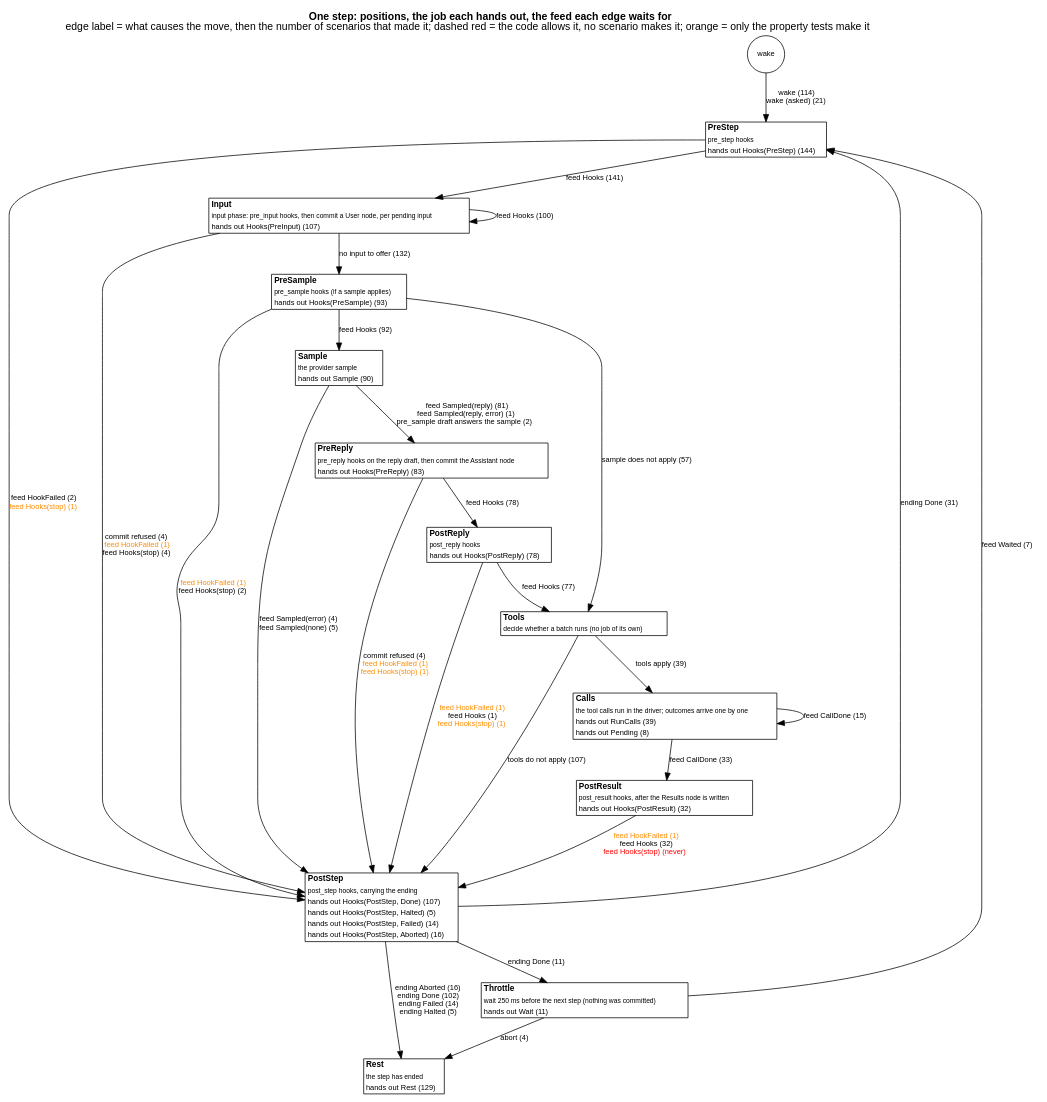
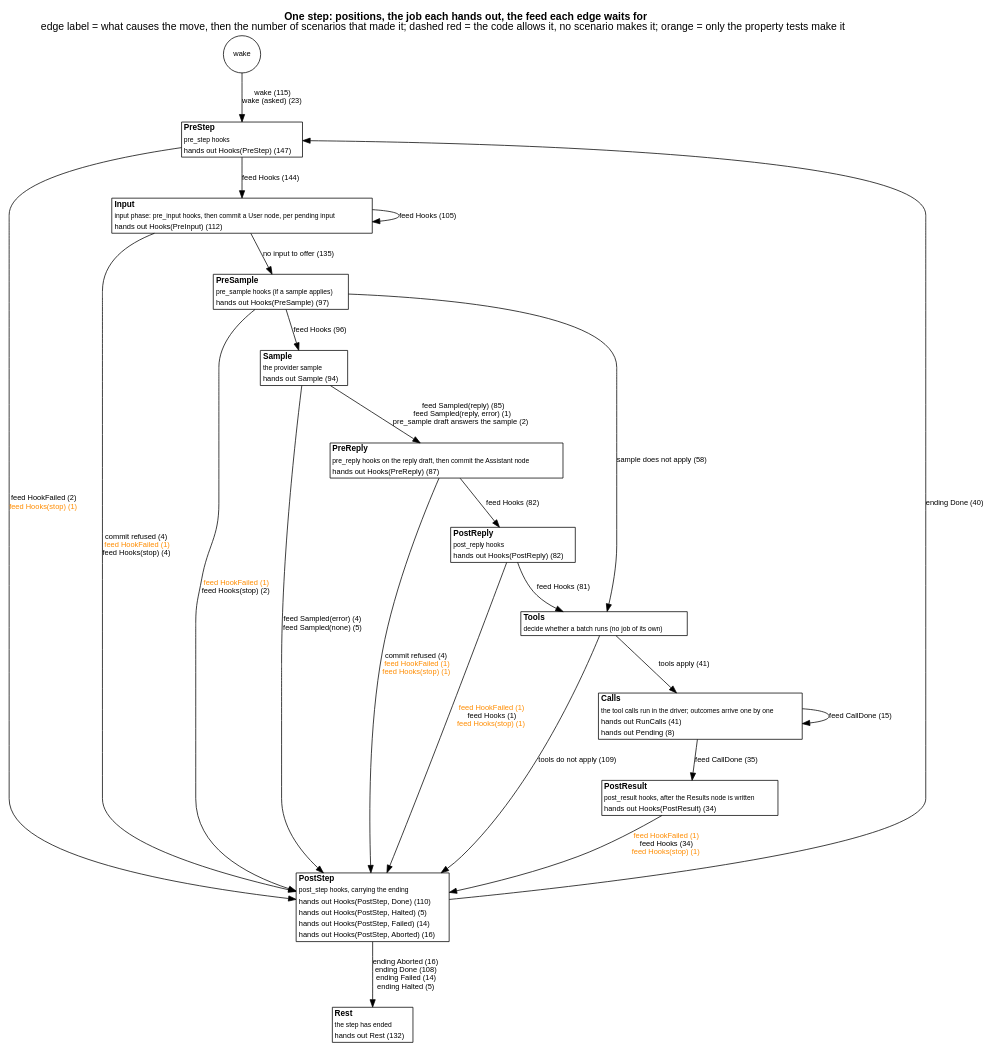
Before and after one commit to jmccardle/tau: the diagram in docs/as-built/diagrams/step-positions.dot, drawn with Graphviz. The commit also changed 44 other files, not shown here.

First line of the commit message:
The cursor never spins: a step that doesn't move it turns auto-step off

```diff
--- a/docs/as-built/diagrams/step-positions.dot
+++ b/docs/as-built/diagrams/step-positions.dot
@@ -1,44 +1,40 @@
 // Generated by scripts/diagrams.sh from the test suites' transitions. Do not edit.
 digraph step_positions {
   graph [rankdir=TB, fontname="Helvetica", nodesep=0.5, ranksep=0.6, labelloc=t, label=<<b>One step: positions, the job each hands out, the feed each edge waits for</b><br/>edge label = what causes the move, then the number of scenarios that made it; dashed red = the code allows it, no scenario makes it; orange = only the property tests make it>];
   node [shape=plain, fontname="Helvetica", fontsize=11];
   edge [fontname="Helvetica", fontsize=10];
   "(wake)" [shape=circle, label="wake", fontsize=10];
-  "PreStep" [label=<<table border="1" cellborder="0" cellspacing="0" bgcolor="white"><tr><td align="left"><b>PreStep</b></td></tr><tr><td align="left"><font point-size="9">pre_step hooks</font></td></tr><tr><td align="left"><font color="black" point-size="10">hands out Hooks(PreStep) (144)</font></td></tr></table>>];
-  "Input" [label=<<table border="1" cellborder="0" cellspacing="0" bgcolor="white"><tr><td align="left"><b>Input</b></td></tr><tr><td align="left"><font point-size="9">input phase: pre_input hooks, then commit a User node, per pending input</font></td></tr><tr><td align="left"><font color="black" point-size="10">hands out Hooks(PreInput) (107)</font></td></tr></table>>];
-  "PreSample" [label=<<table border="1" cellborder="0" cellspacing="0" bgcolor="white"><tr><td align="left"><b>PreSample</b></td></tr><tr><td align="left"><font point-size="9">pre_sample hooks (if a sample applies)</font></td></tr><tr><td align="left"><font color="black" point-size="10">hands out Hooks(PreSample) (93)</font></td></tr></table>>];
-  "Sample" [label=<<table border="1" cellborder="0" cellspacing="0" bgcolor="white"><tr><td align="left"><b>Sample</b></td></tr><tr><td align="left"><font point-size="9">the provider sample</font></td></tr><tr><td align="left"><font color="black" point-size="10">hands out Sample (90)</font></td></tr></table>>];
-  "PreReply" [label=<<table border="1" cellborder="0" cellspacing="0" bgcolor="white"><tr><td align="left"><b>PreReply</b></td></tr><tr><td align="left"><font point-size="9">pre_reply hooks on the reply draft, then commit the Assistant node</font></td></tr><tr><td align="left"><font color="black" point-size="10">hands out Hooks(PreReply) (83)</font></td></tr></table>>];
-  "PostReply" [label=<<table border="1" cellborder="0" cellspacing="0" bgcolor="white"><tr><td align="left"><b>PostReply</b></td></tr><tr><td align="left"><font point-size="9">post_reply hooks</font></td></tr><tr><td align="left"><font color="black" point-size="10">hands out Hooks(PostReply) (78)</font></td></tr></table>>];
+  "PreStep" [label=<<table border="1" cellborder="0" cellspacing="0" bgcolor="white"><tr><td align="left"><b>PreStep</b></td></tr><tr><td align="left"><font point-size="9">pre_step hooks</font></td></tr><tr><td align="left"><font color="black" point-size="10">hands out Hooks(PreStep) (147)</font></td></tr></table>>];
+  "Input" [label=<<table border="1" cellborder="0" cellspacing="0" bgcolor="white"><tr><td align="left"><b>Input</b></td></tr><tr><td align="left"><font point-size="9">input phase: pre_input hooks, then commit a User node, per pending input</font></td></tr><tr><td align="left"><font color="black" point-size="10">hands out Hooks(PreInput) (112)</font></td></tr></table>>];
+  "PreSample" [label=<<table border="1" cellborder="0" cellspacing="0" bgcolor="white"><tr><td align="left"><b>PreSample</b></td></tr><tr><td align="left"><font point-size="9">pre_sample hooks (if a sample applies)</font></td></tr><tr><td align="left"><font color="black" point-size="10">hands out Hooks(PreSample) (97)</font></td></tr></table>>];
+  "Sample" [label=<<table border="1" cellborder="0" cellspacing="0" bgcolor="white"><tr><td align="left"><b>Sample</b></td></tr><tr><td align="left"><font point-size="9">the provider sample</font></td></tr><tr><td align="left"><font color="black" point-size="10">hands out Sample (94)</font></td></tr></table>>];
+  "PreReply" [label=<<table border="1" cellborder="0" cellspacing="0" bgcolor="white"><tr><td align="left"><b>PreReply</b></td></tr><tr><td align="left"><font point-size="9">pre_reply hooks on the reply draft, then commit the Assistant node</font></td></tr><tr><td align="left"><font color="black" point-size="10">hands out Hooks(PreReply) (87)</font></td></tr></table>>];
+  "PostReply" [label=<<table border="1" cellborder="0" cellspacing="0" bgcolor="white"><tr><td align="left"><b>PostReply</b></td></tr><tr><td align="left"><font point-size="9">post_reply hooks</font></td></tr><tr><td align="left"><font color="black" point-size="10">hands out Hooks(PostReply) (82)</font></td></tr></table>>];
   "Tools" [label=<<table border="1" cellborder="0" cellspacing="0" bgcolor="white"><tr><td align="left"><b>Tools</b></td></tr><tr><td align="left"><font point-size="9">decide whether a batch runs (no job of its own)</font></td></tr></table>>];
-  "Calls" [label=<<table border="1" cellborder="0" cellspacing="0" bgcolor="white"><tr><td align="left"><b>Calls</b></td></tr><tr><td align="left"><font point-size="9">the tool calls run in the driver; outcomes arrive one by one</font></td></tr><tr><td align="left"><font color="black" point-size="10">hands out RunCalls (39)</font></td></tr><tr><td align="left"><font color="black" point-size="10">hands out Pending (8)</font></td></tr></table>>];
-  "PostResult" [label=<<table border="1" cellborder="0" cellspacing="0" bgcolor="white"><tr><td align="left"><b>PostResult</b></td></tr><tr><td align="left"><font point-size="9">post_result hooks, after the Results node is written</font></td></tr><tr><td align="left"><font color="black" point-size="10">hands out Hooks(PostResult) (32)</font></td></tr></table>>];
-  "PostStep" [label=<<table border="1" cellborder="0" cellspacing="0" bgcolor="white"><tr><td align="left"><b>PostStep</b></td></tr><tr><td align="left"><font point-size="9">post_step hooks, carrying the ending</font></td></tr><tr><td align="left"><font color="black" point-size="10">hands out Hooks(PostStep, Done) (107)</font></td></tr><tr><td align="left"><font color="black" point-size="10">hands out Hooks(PostStep, Halted) (5)</font></td></tr><tr><td align="left"><font color="black" point-size="10">hands out Hooks(PostStep, Failed) (14)</font></td></tr><tr><td align="left"><font color="black" point-size="10">hands out Hooks(PostStep, Aborted) (16)</font></td></tr></table>>];
-  "Throttle" [label=<<table border="1" cellborder="0" cellspacing="0" bgcolor="white"><tr><td align="left"><b>Throttle</b></td></tr><tr><td align="left"><font point-size="9">wait 250 ms before the next step (nothing was committed)</font></td></tr><tr><td align="left"><font color="black" point-size="10">hands out Wait (11)</font></td></tr></table>>];
-  "Rest" [label=<<table border="1" cellborder="0" cellspacing="0" bgcolor="white"><tr><td align="left"><b>Rest</b></td></tr><tr><td align="left"><font point-size="9">the step has ended</font></td></tr><tr><td align="left"><font color="black" point-size="10">hands out Rest (129)</font></td></tr></table>>];
-  "(wake)" -> "PreStep" [label=<wake (114)<br/>wake (asked) (21)>, color="black", style=solid];
+  "Calls" [label=<<table border="1" cellborder="0" cellspacing="0" bgcolor="white"><tr><td align="left"><b>Calls</b></td></tr><tr><td align="left"><font point-size="9">the tool calls run in the driver; outcomes arrive one by one</font></td></tr><tr><td align="left"><font color="black" point-size="10">hands out RunCalls (41)</font></td></tr><tr><td align="left"><font color="black" point-size="10">hands out Pending (8)</font></td></tr></table>>];
+  "PostResult" [label=<<table border="1" cellborder="0" cellspacing="0" bgcolor="white"><tr><td align="left"><b>PostResult</b></td></tr><tr><td align="left"><font point-size="9">post_result hooks, after the Results node is written</font></td></tr><tr><td align="left"><font color="black" point-size="10">hands out Hooks(PostResult) (34)</font></td></tr></table>>];
+  "PostStep" [label=<<table border="1" cellborder="0" cellspacing="0" bgcolor="white"><tr><td align="left"><b>PostStep</b></td></tr><tr><td align="left"><font point-size="9">post_step hooks, carrying the ending</font></td></tr><tr><td align="left"><font color="black" point-size="10">hands out Hooks(PostStep, Done) (110)</font></td></tr><tr><td align="left"><font color="black" point-size="10">hands out Hooks(PostStep, Halted) (5)</font></td></tr><tr><td align="left"><font color="black" point-size="10">hands out Hooks(PostStep, Failed) (14)</font></td></tr><tr><td align="left"><font color="black" point-size="10">hands out Hooks(PostStep, Aborted) (16)</font></td></tr></table>>];
+  "Rest" [label=<<table border="1" cellborder="0" cellspacing="0" bgcolor="white"><tr><td align="left"><b>Rest</b></td></tr><tr><td align="left"><font point-size="9">the step has ended</font></td></tr><tr><td align="left"><font color="black" point-size="10">hands out Rest (132)</font></td></tr></table>>];
+  "(wake)" -> "PreStep" [label=<wake (115)<br/>wake (asked) (23)>, color="black", style=solid];
   "Calls" -> "Calls" [label=<feed CallDone (15)>, color="black", style=solid];
-  "Calls" -> "PostResult" [label=<feed CallDone (33)>, color="black", style=solid];
-  "Input" -> "Input" [label=<feed Hooks (100)>, color="black", style=solid];
+  "Calls" -> "PostResult" [label=<feed CallDone (35)>, color="black", style=solid];
+  "Input" -> "Input" [label=<feed Hooks (105)>, color="black", style=solid];
   "Input" -> "PostStep" [label=<commit refused (4)<br/><font color="darkorange">feed HookFailed (1)</font><br/>feed Hooks(stop) (4)>, color="black", style=solid];
-  "Input" -> "PreSample" [label=<no input to offer (132)>, color="black", style=solid];
+  "Input" -> "PreSample" [label=<no input to offer (135)>, color="black", style=solid];
   "PostReply" -> "PostStep" [label=<<font color="darkorange">feed HookFailed (1)</font><br/>feed Hooks (1)<br/><font color="darkorange">feed Hooks(stop) (1)</font>>, color="black", style=solid];
-  "PostReply" -> "Tools" [label=<feed Hooks (77)>, color="black", style=solid];
-  "PostResult" -> "PostStep" [label=<<font color="darkorange">feed HookFailed (1)</font><br/>feed Hooks (32)<br/><font color="red">feed Hooks(stop) (never)</font>>, color="black", style=solid];
-  "PostStep" -> "PreStep" [label=<ending Done (31)>, color="black", style=solid];
-  "PostStep" -> "Rest" [label=<ending Aborted (16)<br/>ending Done (102)<br/>ending Failed (14)<br/>ending Halted (5)>, color="black", style=solid];
-  "PostStep" -> "Throttle" [label=<ending Done (11)>, color="black", style=solid];
-  "PreReply" -> "PostReply" [label=<feed Hooks (78)>, color="black", style=solid];
+  "PostReply" -> "Tools" [label=<feed Hooks (81)>, color="black", style=solid];
+  "PostResult" -> "PostStep" [label=<<font color="darkorange">feed HookFailed (1)</font><br/>feed Hooks (34)<br/><font color="darkorange">feed Hooks(stop) (1)</font>>, color="black", style=solid];
+  "PostStep" -> "PreStep" [label=<ending Done (40)>, color="black", style=solid];
+  "PostStep" -> "Rest" [label=<ending Aborted (16)<br/>ending Done (108)<br/>ending Failed (14)<br/>ending Halted (5)>, color="black", style=solid];
+  "PreReply" -> "PostReply" [label=<feed Hooks (82)>, color="black", style=solid];
   "PreReply" -> "PostStep" [label=<commit refused (4)<br/><font color="darkorange">feed HookFailed (1)</font><br/><font color="darkorange">feed Hooks(stop) (1)</font>>, color="black", style=solid];
   "PreSample" -> "PostStep" [label=<<font color="darkorange">feed HookFailed (1)</font><br/>feed Hooks(stop) (2)>, color="black", style=solid];
-  "PreSample" -> "Sample" [label=<feed Hooks (92)>, color="black", style=solid];
-  "PreSample" -> "Tools" [label=<sample does not apply (57)>, color="black", style=solid];
-  "PreStep" -> "Input" [label=<feed Hooks (141)>, color="black", style=solid];
+  "PreSample" -> "Sample" [label=<feed Hooks (96)>, color="black", style=solid];
+  "PreSample" -> "Tools" [label=<sample does not apply (58)>, color="black", style=solid];
+  "PreStep" -> "Input" [label=<feed Hooks (144)>, color="black", style=solid];
   "PreStep" -> "PostStep" [label=<feed HookFailed (2)<br/><font color="darkorange">feed Hooks(stop) (1)</font>>, color="black", style=solid];
   "Sample" -> "PostStep" [label=<feed Sampled(error) (4)<br/>feed Sampled(none) (5)>, color="black", style=solid];
-  "Sample" -> "PreReply" [label=<feed Sampled(reply) (81)<br/>feed Sampled(reply, error) (1)<br/>pre_sample draft answers the sample (2)>, color="black", style=solid];
-  "Throttle" -> "PreStep" [label=<feed Waited (7)>, color="black", style=solid];
-  "Throttle" -> "Rest" [label=<abort (4)>, color="black", style=solid];
-  "Tools" -> "Calls" [label=<tools apply (39)>, color="black", style=solid];
-  "Tools" -> "PostStep" [label=<tools do not apply (107)>, color="black", style=solid];
+  "Sample" -> "PreReply" [label=<feed Sampled(reply) (85)<br/>feed Sampled(reply, error) (1)<br/>pre_sample draft answers the sample (2)>, color="black", style=solid];
+  "Tools" -> "Calls" [label=<tools apply (41)>, color="black", style=solid];
+  "Tools" -> "PostStep" [label=<tools do not apply (109)>, color="black", style=solid];
 }
```
